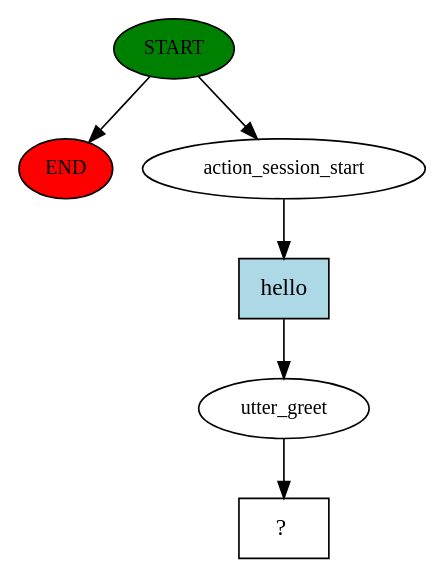
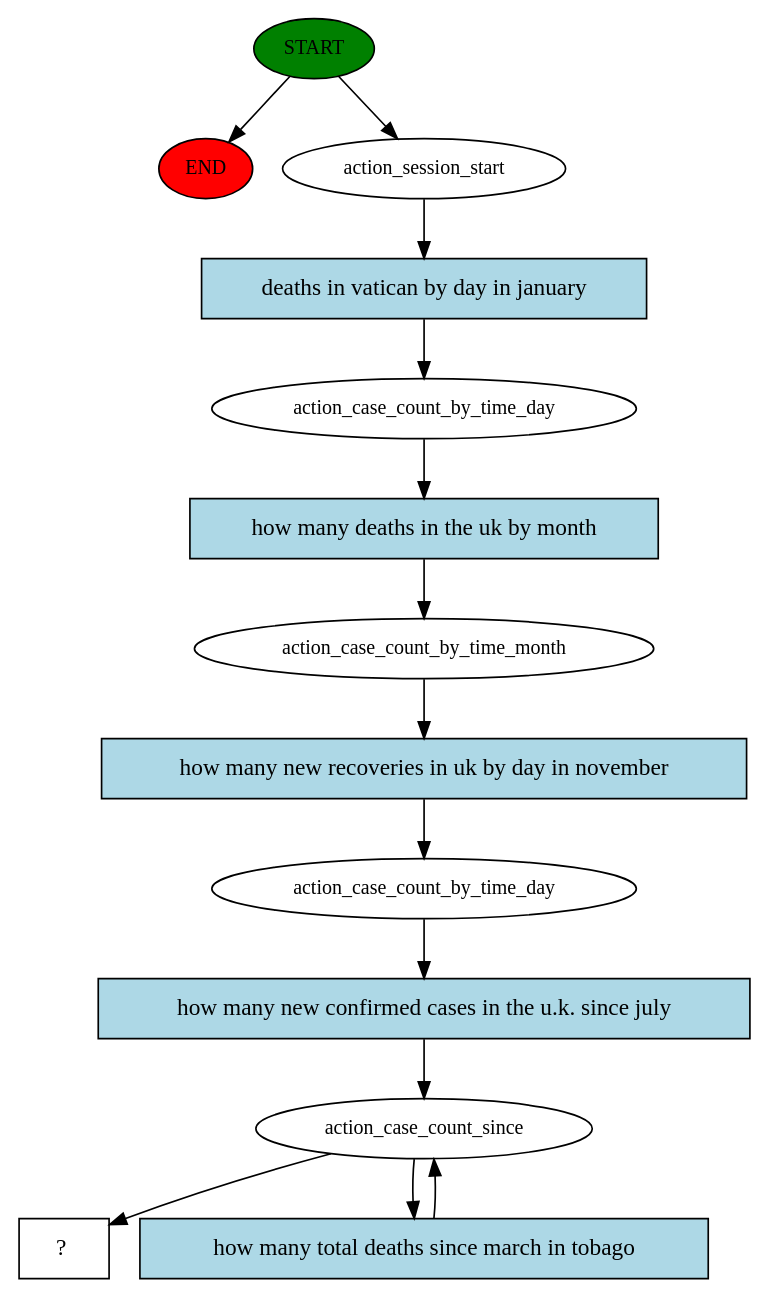
Before and after one commit to gmeisinger/chatbot: the diagram in rasa/story_graph.dot, drawn with Graphviz. The commit also changed 5 other files, not shown here.

```diff
--- a/rasa/story_graph.dot
+++ b/rasa/story_graph.dot
@@ -1,13 +1,28 @@
 digraph  {
 0 [class="start active", fillcolor=green, fontsize=12, label=START, style=filled];
 "-1" [class=end, fillcolor=red, fontsize=12, label=END, style=filled];
 1 [class=active, fontsize=12, label=action_session_start];
-2 [class=active, fontsize=12, label=utter_greet];
-3 [class="intent dashed active", label="  ?  ", shape=rect];
-4 [class="intent active", fillcolor=lightblue, label=hello, shape=rect, style=filled];
+2 [class=active, fontsize=12, label=action_case_count_by_time_day];
+3 [class=active, fontsize=12, label=action_case_count_by_time_month];
+4 [class=active, fontsize=12, label=action_case_count_by_time_day];
+5 [class=active, fontsize=12, label=action_case_count_since];
+10 [class="intent dashed active", label="  ?  ", shape=rect];
+11 [class="intent active", fillcolor=lightblue, label="deaths in vatican by day in january", shape=rect, style=filled];
+12 [class="intent active", fillcolor=lightblue, label="how many deaths in the uk by month", shape=rect, style=filled];
+13 [class="intent active", fillcolor=lightblue, label="how many new recoveries in uk by day in november", shape=rect, style=filled];
+14 [class="intent active", fillcolor=lightblue, label="how many new confirmed cases in the u.k. since july", shape=rect, style=filled];
+15 [class="intent active", fillcolor=lightblue, label="how many total deaths since march in tobago", shape=rect, style=filled];
 0 -> "-1"  [class="", key=NONE, label=""];
 0 -> 1  [class=active, key=NONE, label=""];
-1 -> 4  [class=active, key=0];
-2 -> 3  [class=active, key=NONE, label=""];
-4 -> 2  [class=active, key=0];
+1 -> 11  [class=active, key=0];
+2 -> 12  [class=active, key=0];
+3 -> 13  [class=active, key=0];
+4 -> 14  [class=active, key=0];
+5 -> 10  [class=active, key=NONE, label=""];
+5 -> 15  [class=active, key=0];
+11 -> 2  [class=active, key=0];
+12 -> 3  [class=active, key=0];
+13 -> 4  [class=active, key=0];
+14 -> 5  [class=active, key=0];
+15 -> 5  [class=active, key=0];
 }
```
